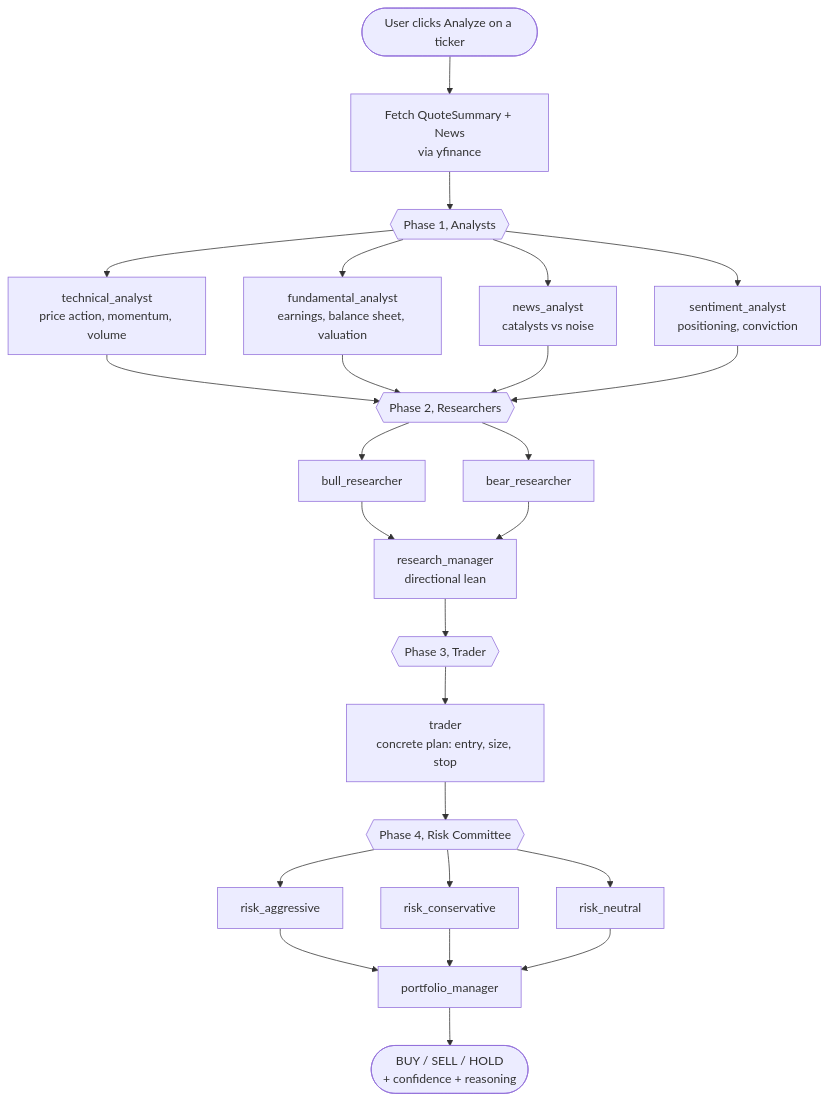
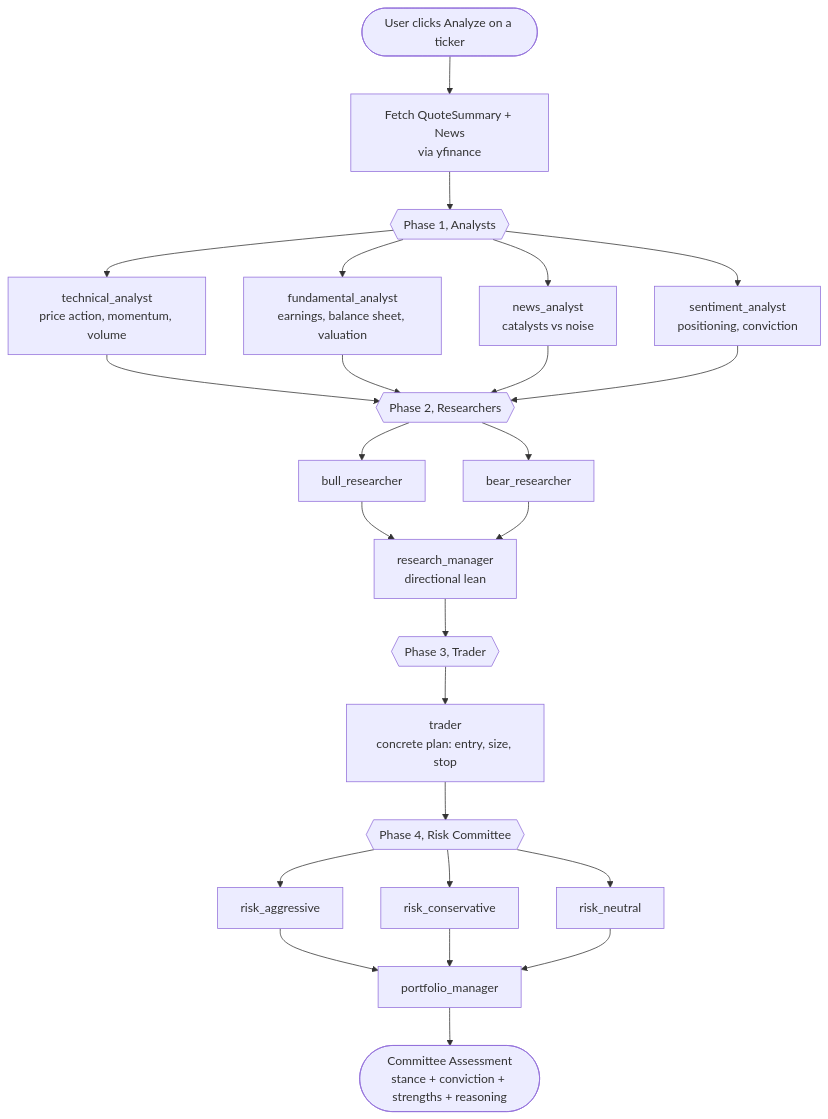
The first of 2 diagrams in content/docs/how-it-works.md (RBJGlobal/TradingAgentsLab-Site), drawn with Mermaid before and after one commit. The commit also changed other lines of this file and 27 other files, not shown here.

First line of the commit message:
Committee Assessment site pass: stance model, free open-source Pro, transcript embed

````diff
--- a/content/docs/how-it-works.md
+++ b/content/docs/how-it-works.md
@@ -26,26 +24,26 @@
 ```mermaid
 flowchart TD
     Start([User clicks Analyze on a ticker]) --> Data[Fetch QuoteSummary + News<br/>via yfinance]
 
     Data --> P1{{Phase 1, Analysts}}
     P1 --> A1[technical_analyst<br/>price action, momentum, volume]
     P1 --> A2[fundamental_analyst<br/>earnings, balance sheet, valuation]
     P1 --> A3[news_analyst<br/>catalysts vs noise]
     P1 --> A4[sentiment_analyst<br/>positioning, conviction]
 
     A1 & A2 & A3 & A4 --> P2{{Phase 2, Researchers}}
     P2 --> R1[bull_researcher]
     P2 --> R2[bear_researcher]
     R1 & R2 --> R3[research_manager<br/>directional lean]
 
     R3 --> P3{{Phase 3, Trader}}
     P3 --> T[trader<br/>concrete plan: entry, size, stop]
 
     T --> P4{{Phase 4, Risk Committee}}
     P4 --> RA[risk_aggressive]
     P4 --> RC[risk_conservative]
     P4 --> RN[risk_neutral]
     RA & RC & RN --> PM[portfolio_manager]
 
-    PM --> Out([BUY / SELL / HOLD<br/>+ confidence + reasoning])
+    PM --> Out([Committee Assessment<br/>stance + conviction + strengths + reasoning])
 ```
````
